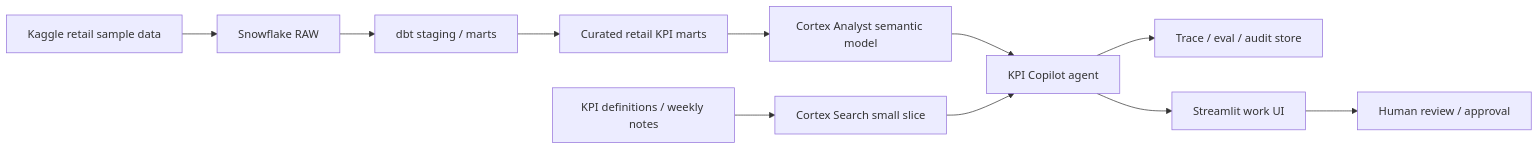
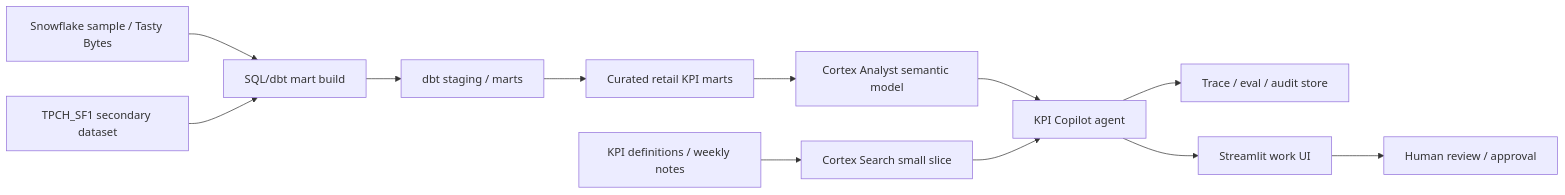
One commit to Tenormusica2024/retail-ai-ops-copilot changed the diagram in docs/obsidian/02_アーキテクチャ方針.md. Above: the diagram before and after it, drawn with Mermaid. The commit also changed other lines of this file and 24 other files, not shown here.

````diff
--- a/docs/obsidian/02_アーキテクチャ方針.md
+++ b/docs/obsidian/02_アーキテクチャ方針.md
@@ -15,13 +15,14 @@
 ```mermaid
 flowchart LR
-  Kaggle["Kaggle retail sample data"] --> Raw["Snowflake RAW"]
-  Raw --> Dbt["dbt staging / marts"]
+  SnowSample["Snowflake sample / Tasty Bytes"] --> MartBuild["SQL/dbt mart build"]
+  TPCH["TPCH_SF1 secondary dataset"] --> MartBuild
+  MartBuild --> Dbt["dbt staging / marts"]
   Dbt --> Mart["Curated retail KPI marts"]
   Mart --> Semantic["Cortex Analyst semantic model"]
   Docs["KPI definitions / weekly notes"] --> Search["Cortex Search small slice"]
   Semantic --> Agent["KPI Copilot agent"]
   Search --> Agent
   Agent --> Trace["Trace / eval / audit store"]
   Agent --> UI["Streamlit work UI"]
   UI --> Human["Human review / approval"]
 ```
````
